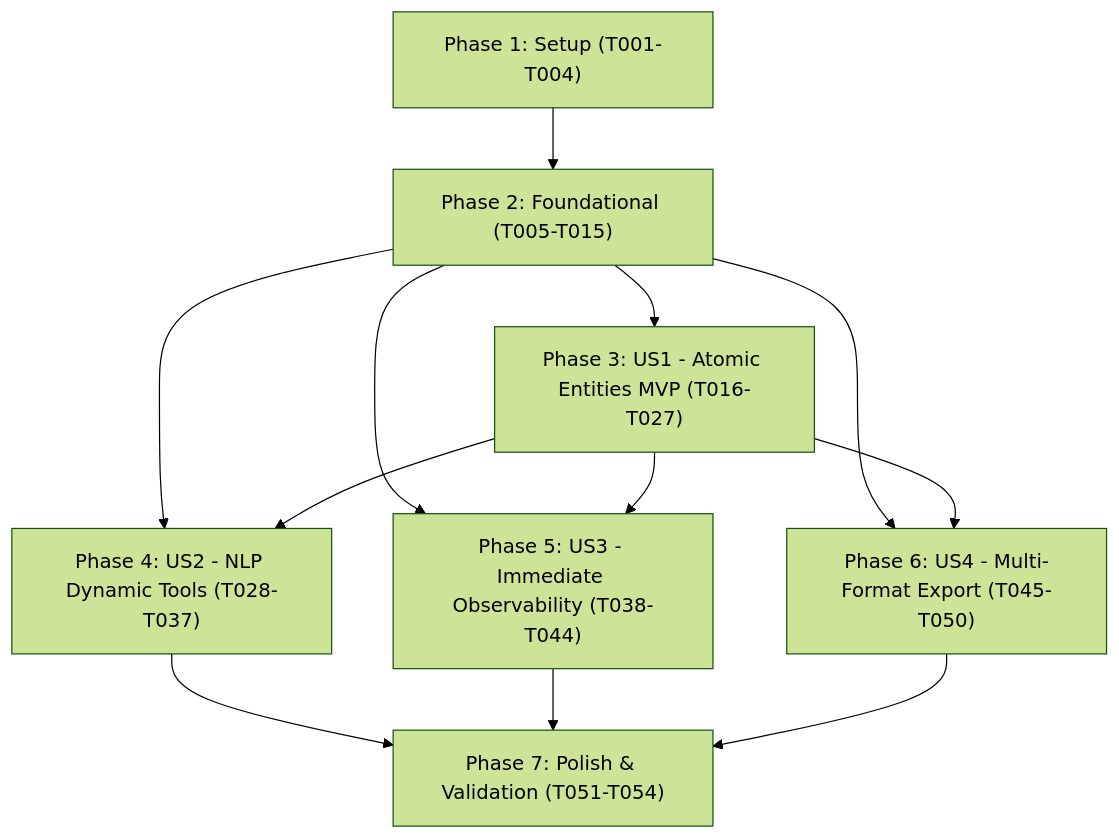
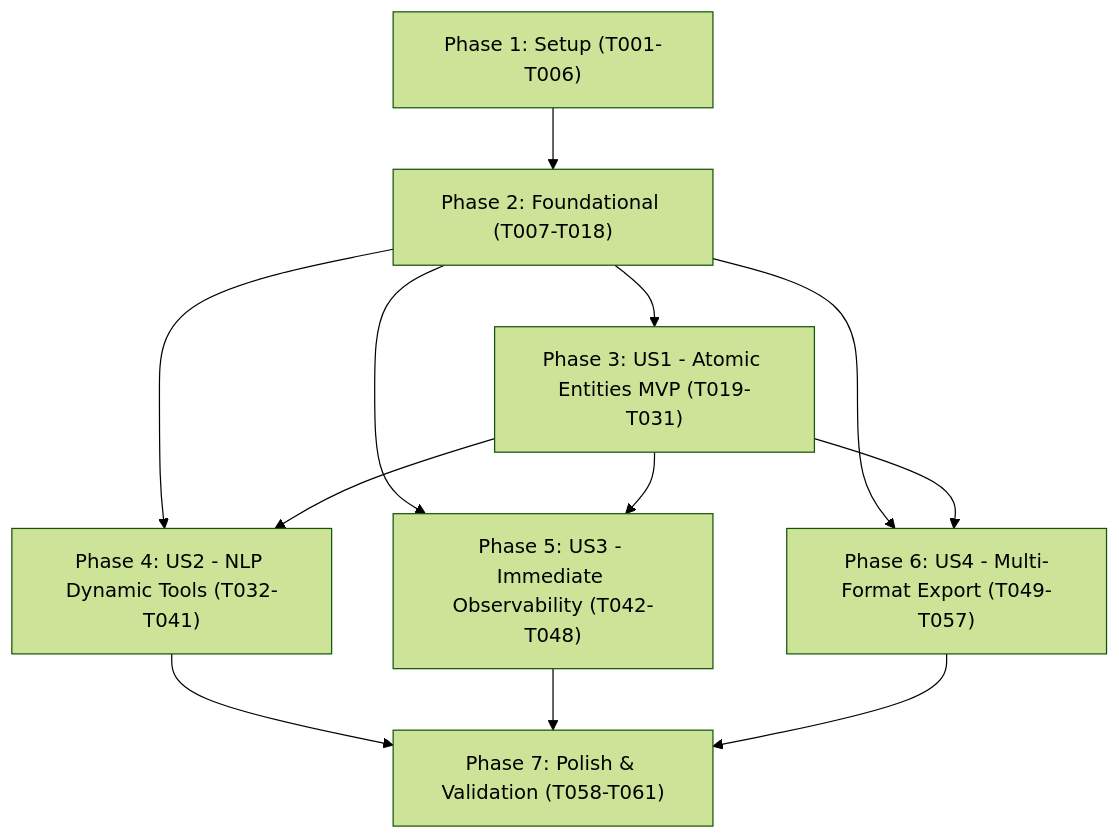
One commit to Shanbalilehh/Financial-Statistics-Adminiculum changed the diagram in specs/001-financial-statistics-workspace/tasks.md. Above: the diagram before and after it, drawn with Mermaid (forest theme). The commit also changed other lines of this file and 91 other files, not shown here.

````diff
--- a/specs/001-financial-statistics-workspace/tasks.md
+++ b/specs/001-financial-statistics-workspace/tasks.md
@@ -159,14 +166,14 @@
 ```mermaid
 flowchart TD
-    P1["Phase 1: Setup (T001-T004)"] --> P2["Phase 2: Foundational (T005-T015)"]
-    P2 --> US1["Phase 3: US1 - Atomic Entities MVP (T016-T027)"]
-    P2 --> US2["Phase 4: US2 - NLP Dynamic Tools (T028-T037)"]
-    P2 --> US3["Phase 5: US3 - Immediate Observability (T038-T044)"]
-    P2 --> US4["Phase 6: US4 - Multi-Format Export (T045-T050)"]
+    P1["Phase 1: Setup (T001-T006)"] --> P2["Phase 2: Foundational (T007-T018)"]
+    P2 --> US1["Phase 3: US1 - Atomic Entities MVP (T019-T031)"]
+    P2 --> US2["Phase 4: US2 - NLP Dynamic Tools (T032-T041)"]
+    P2 --> US3["Phase 5: US3 - Immediate Observability (T042-T048)"]
+    P2 --> US4["Phase 6: US4 - Multi-Format Export (T049-T057)"]
     US1 --> US2
     US1 --> US3
     US1 --> US4
-    US2 --> Polish["Phase 7: Polish & Validation (T051-T054)"]
+    US2 --> Polish["Phase 7: Polish & Validation (T058-T061)"]
     US3 --> Polish
     US4 --> Polish
 ```
````
